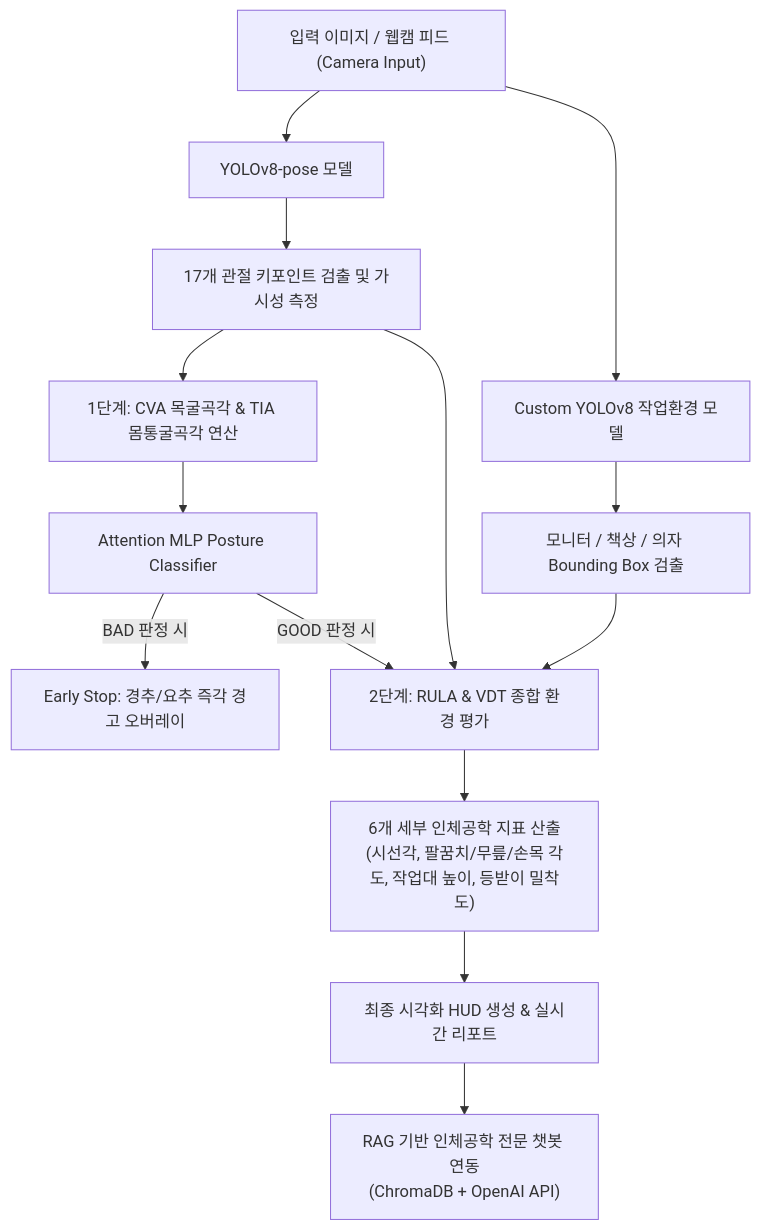
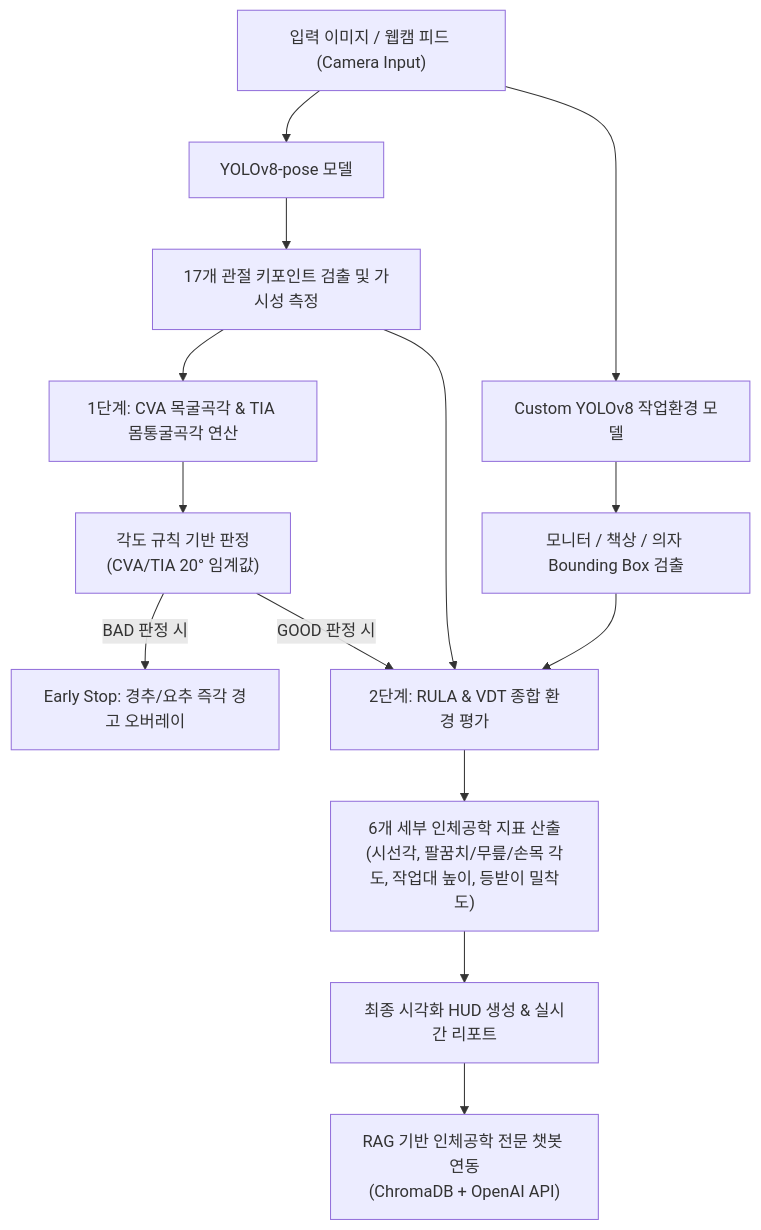
One commit to areum-mong/JaSEE changed the diagram in README.md. Above: the diagram before and after it, drawn with Mermaid. The commit also changed other lines of this file, not shown here.

````diff
--- a/README.md
+++ b/README.md
@@ -81,22 +81,22 @@
 ```mermaid
 graph TD
     A["입력 이미지 / 웹캠 피드 (Camera Input)"] --> B["YOLOv8-pose 모델"]
     A --> C["Custom YOLOv8 작업환경 모델"]
     
     B --> D["17개 관절 키포인트 검출 및 가시성 측정"]
     
     D --> E["1단계: CVA 목굴곡각 & TIA 몸통굴곡각 연산"]
-    E --> F["Attention MLP Posture Classifier"]
+    E --> F["각도 규칙 기반 판정<br>(CVA/TIA 20° 임계값)"]
     
     F -->|BAD 판정 시| G["Early Stop: 경추/요추 즉각 경고 오버레이"]
     F -->|GOOD 판정 시| H["2단계: RULA & VDT 종합 환경 평가"]
     
     C --> I["모니터 / 책상 / 의자 Bounding Box 검출"]
     I --> H
     D --> H
     
     H --> J["6개 세부 인체공학 지표 산출<br>(시선각, 팔꿈치/무릎/손목 각도, 작업대 높이, 등받이 밀착도)"]
     J --> K["최종 시각화 HUD 생성 & 실시간 리포트"]
     
     K --> L["RAG 기반 인체공학 전문 챗봇 연동<br>(ChromaDB + OpenAI API)"]
 ```
````
